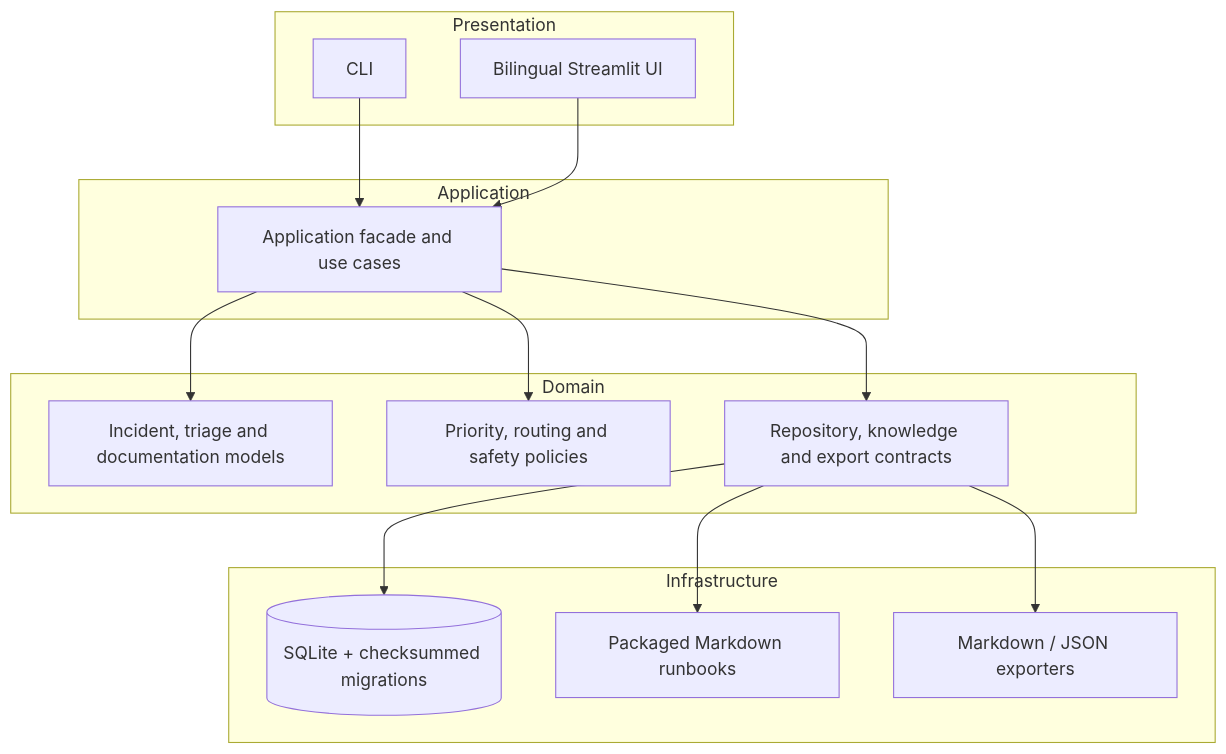
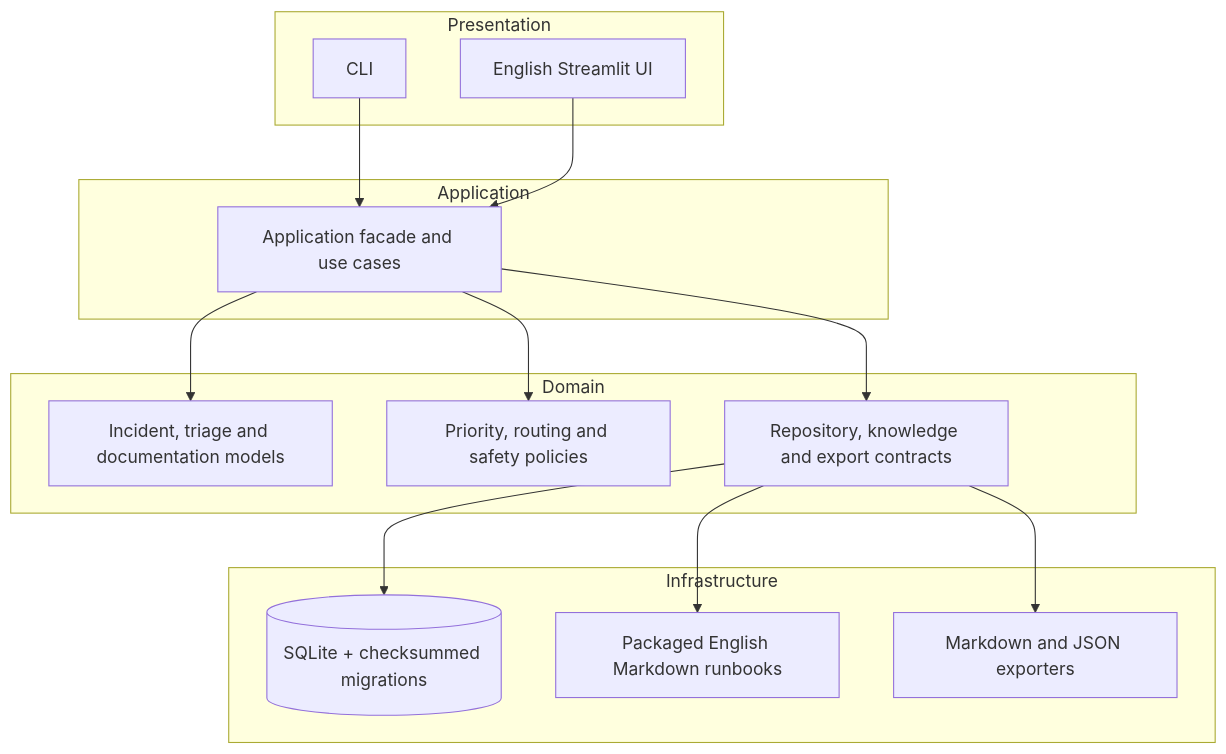
Before and after one commit to cmosantos/supportops-command-center: the second of 2 diagrams in README.md, drawn with Mermaid. The commit also changed other lines of this file and 18 other files, not shown here.

````diff
--- a/README.md
+++ b/README.md
@@ -211,32 +171,32 @@
 ```mermaid
 flowchart TB
     subgraph Presentation
       CLI[CLI]
-      UI[Bilingual Streamlit UI]
+      UI[English Streamlit UI]
     end
 
     subgraph Application
       APP[Application facade and use cases]
     end
 
     subgraph Domain
       MODELS[Incident, triage and documentation models]
       POLICY[Priority, routing and safety policies]
       PORTS[Repository, knowledge and export contracts]
     end
 
     subgraph Infrastructure
       DB[(SQLite + checksummed migrations)]
-      KB[Packaged Markdown runbooks]
-      EXP[Markdown / JSON exporters]
+      KB[Packaged English Markdown runbooks]
+      EXP[Markdown and JSON exporters]
     end
 
     CLI --> APP
     UI --> APP
     APP --> MODELS
     APP --> POLICY
     APP --> PORTS
     PORTS --> DB
     PORTS --> KB
     PORTS --> EXP
 ```
````
